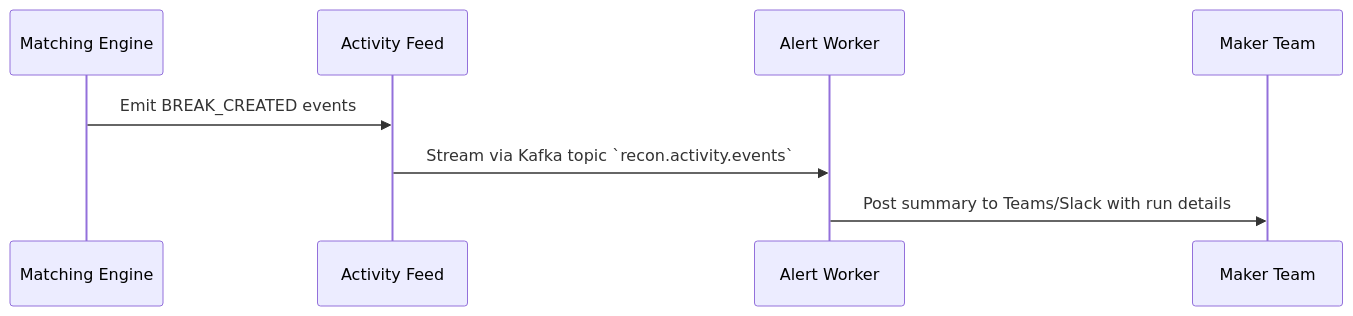
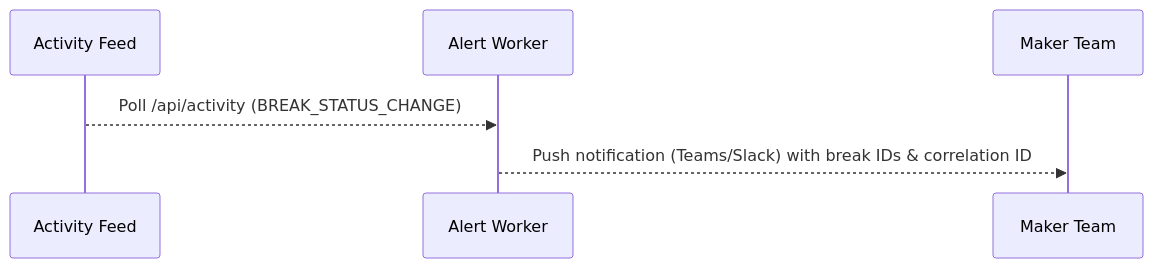
The second of 3 diagrams in docs/wiki/onboarding-guide.md (kleash/recon-platform), drawn with Mermaid before and after one commit. The commit also changed other lines of this file and 6 other files, not shown here.

````diff
--- a/docs/wiki/onboarding-guide.md
+++ b/docs/wiki/onboarding-guide.md
@@ -78,11 +75,9 @@
 ```mermaid
 sequenceDiagram
-    participant Engine as Matching Engine
-    participant Activity as Activity Feed
+    participant Feed as Activity Feed
     participant Worker as Alert Worker
-    participant Maker as Maker Team
+    participant Makers as Maker Team
 
-    Engine->>Activity: Emit BREAK_CREATED events
-    Activity->>Worker: Stream via Kafka topic `recon.activity.events`
-    Worker->>Maker: Post summary to Teams/Slack with run details
+    Feed-->>Worker: Poll /api/activity (BREAK_STATUS_CHANGE)
+    Worker-->>Makers: Push notification (Teams/Slack) with break IDs & correlation ID
 ```
````
